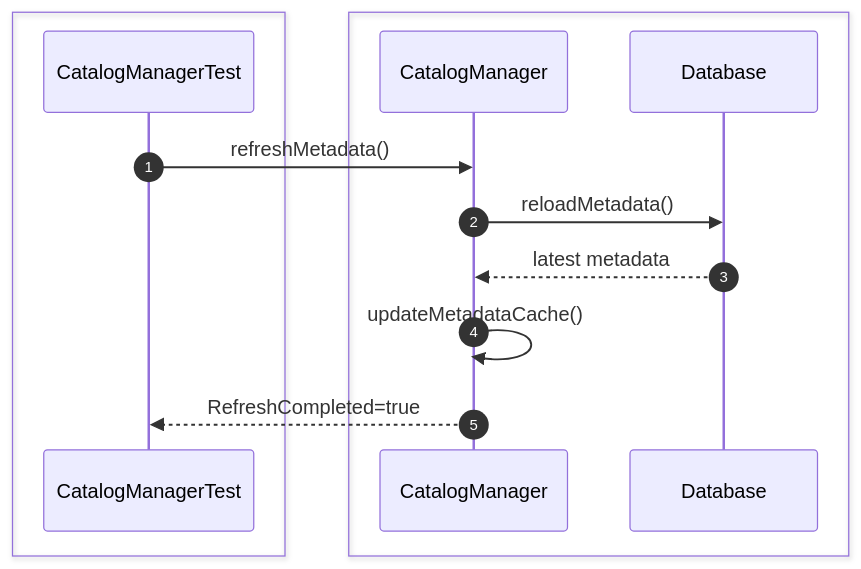
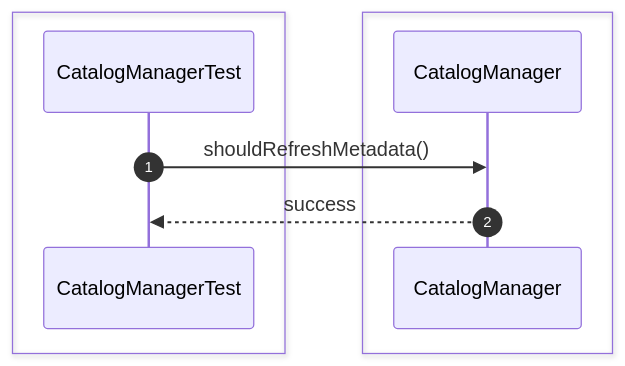
The ninth of 28 diagrams in src/sequence/catalog.md (Huy1801214/dbms-architecture), drawn with Mermaid before and after one commit. The commit also changed other lines of this file and 68 other files, not shown here.

Commit message:
implement comprehensive unit test suite and architectural sequence documentation

````diff
--- a/src/sequence/catalog.md
+++ b/src/sequence/catalog.md
@@ -195,21 +126,13 @@
 ```mermaid
 sequenceDiagram
     autonumber
     box #e1f5fe Test Suite
     participant Test as CatalogManagerTest
     end
-    box #e8f5e9 Catalog Objects
-    participant Catalog as CatalogManager
-    participant DB as Database
+    box #e8f5e9 CatalogManager Component
+    participant CM as CatalogManager
     end
 
-    Test->>Catalog: refreshMetadata()
-
-    Catalog->>DB: reloadMetadata()
-
-    DB-->>Catalog: latest metadata
-
-    Catalog->>Catalog: updateMetadataCache()
-
-    Catalog-->>Test: RefreshCompleted=true
+    Test->>CM: shouldRefreshMetadata()
+    CM-->>Test: success
 ```
````
